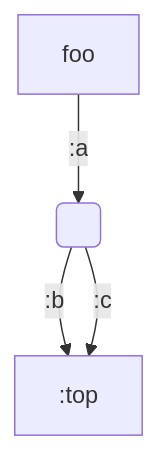
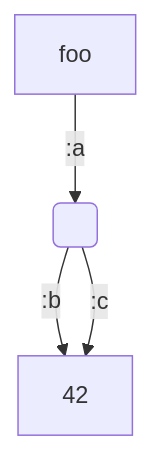
Before and after one commit to ekoontz/dag-unify: the diagram in README.md, drawn with Mermaid. The commit also changed other lines of this file, not shown here.

````diff
--- a/README.md
+++ b/README.md
@@ -49,6 +49,6 @@
 ```mermaid
 graph TD
     foo --> |:a| B( )
-    B -->|:b| D[:top]
+    B -->|:b| D[42]
     B -->|:c| D
 ```
````
